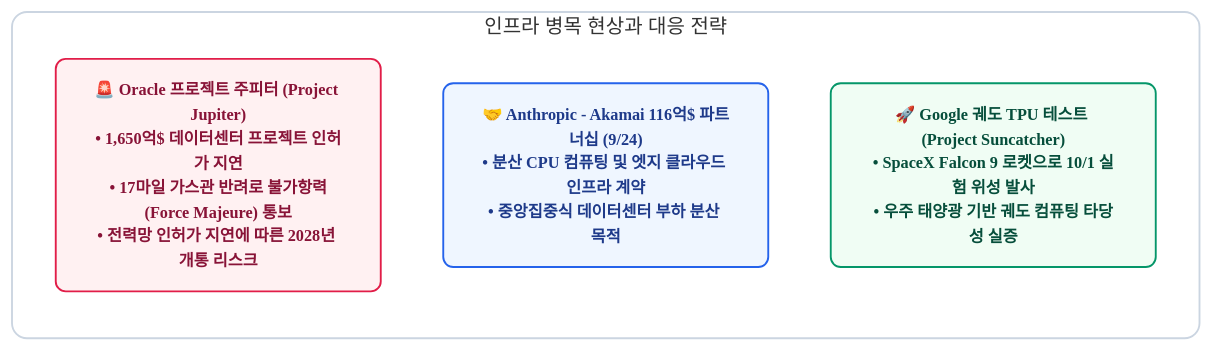
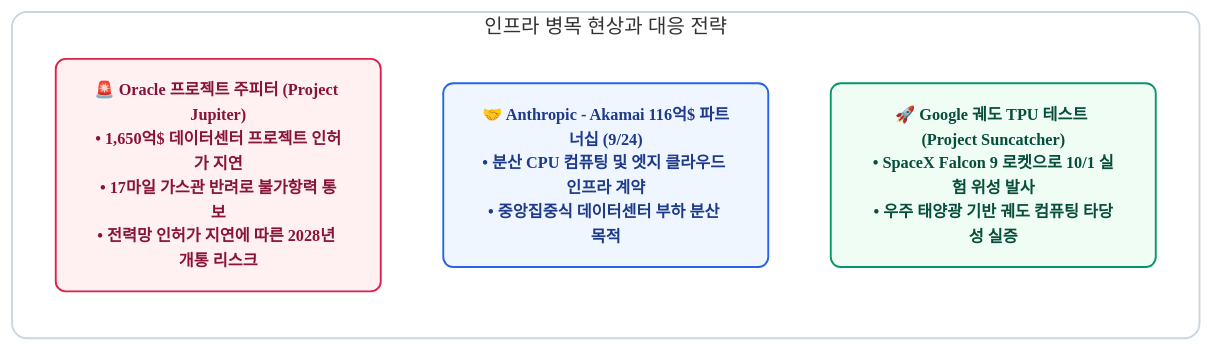
One commit to joincdream/joinc-edu-ai changed the sixth of 9 diagrams in docs/research/market-trends/2026-09-27-market-trends.md. Above: the diagram before and after it, drawn with Mermaid. The commit also changed other lines of this file and 1 other file, not shown here.

````diff
--- a/docs/research/market-trends/2026-09-27-market-trends.md
+++ b/docs/research/market-trends/2026-09-27-market-trends.md
@@ -181,16 +218,16 @@
 ```mermaid
 flowchart LR
     classDef default font-family:Pretendard,sans-serif,font-size:13px;
     classDef bottleneck fill:#fff1f2,stroke:#e11d48,stroke-width:1.5px,color:#881337,font-weight:bold,rx:8px;
     classDef contract fill:#eff6ff,stroke:#2563eb,stroke-width:1.5px,color:#1e3a8a,font-weight:bold,rx:8px;
     classDef space fill:#f0fdf4,stroke:#059669,stroke-width:1.5px,color:#064e3b,font-weight:bold,rx:8px;
 
     subgraph PhysicalLimits["인프라 병목 현상과 대응 전략"]
         direction TB
-        B["🚨 <b>Oracle 프로젝트 주피터 (Project Jupiter)</b><br/>• 1,650억$ 데이터센터 프로젝트 인허가 지연<br/>• 17마일 가스관 반려로 불가항력(Force Majeure) 통보<br/>• 전력망 인허가 지연에 따른 2028년 개통 리스크"]:::bottleneck
+        B["🚨 <b>Oracle 프로젝트 주피터 (Project Jupiter)</b><br/>• 1,650억$ 데이터센터 프로젝트 인허가 지연<br/>• 17마일 가스관 반려로 불가항력 통보<br/>• 전력망 인허가 지연에 따른 2028년 개통 리스크"]:::bottleneck
         C["🤝 <b>Anthropic - Akamai 116억$ 파트너십 (9/24)</b><br/>• 분산 CPU 컴퓨팅 및 엣지 클라우드 인프라 계약<br/>• 중앙집중식 데이터센터 부하 분산 목적"]:::contract
         S["🚀 <b>Google 궤도 TPU 테스트 (Project Suncatcher)</b><br/>• SpaceX Falcon 9 로켓으로 10/1 실험 위성 발사<br/>• 우주 태양광 기반 궤도 컴퓨팅 타당성 실증"]:::space
     end
 
     style PhysicalLimits fill:#ffffff,stroke:#cbd5e1,stroke-width:1.5px,rx:12px
 ```
````
